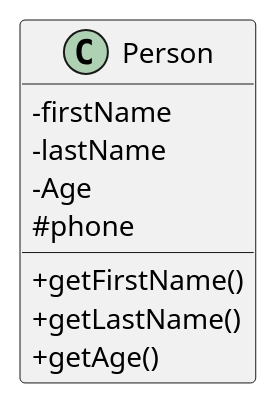
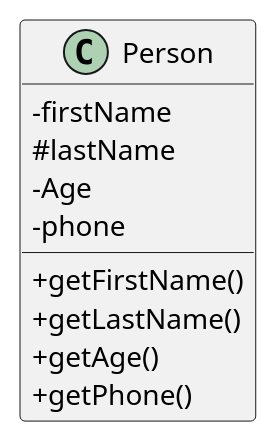
One commit to billowdev/plantuml-example changed the diagram in class-diagram/Person-class-diagram.puml. Above: the diagram before and after it, drawn with PlantUML.

```diff
--- a/class-diagram/Person-class-diagram.puml
+++ b/class-diagram/Person-class-diagram.puml
@@ -1,19 +1,20 @@
 @startuml
 'https://plantuml.com/sequence-diagram
 
 skinparam classAttributeIconSize 0
 ' class name
 class Person {
 ' attribute, state
     - firstName
-    - lastName
+    # lastName
     - Age
-    # phone
+    - phone
 
 ' method, ability, behavior
     + getFirstName()
     + getLastName()
     + getAge()
+    + getPhone()
 }
 
 @enduml
```
